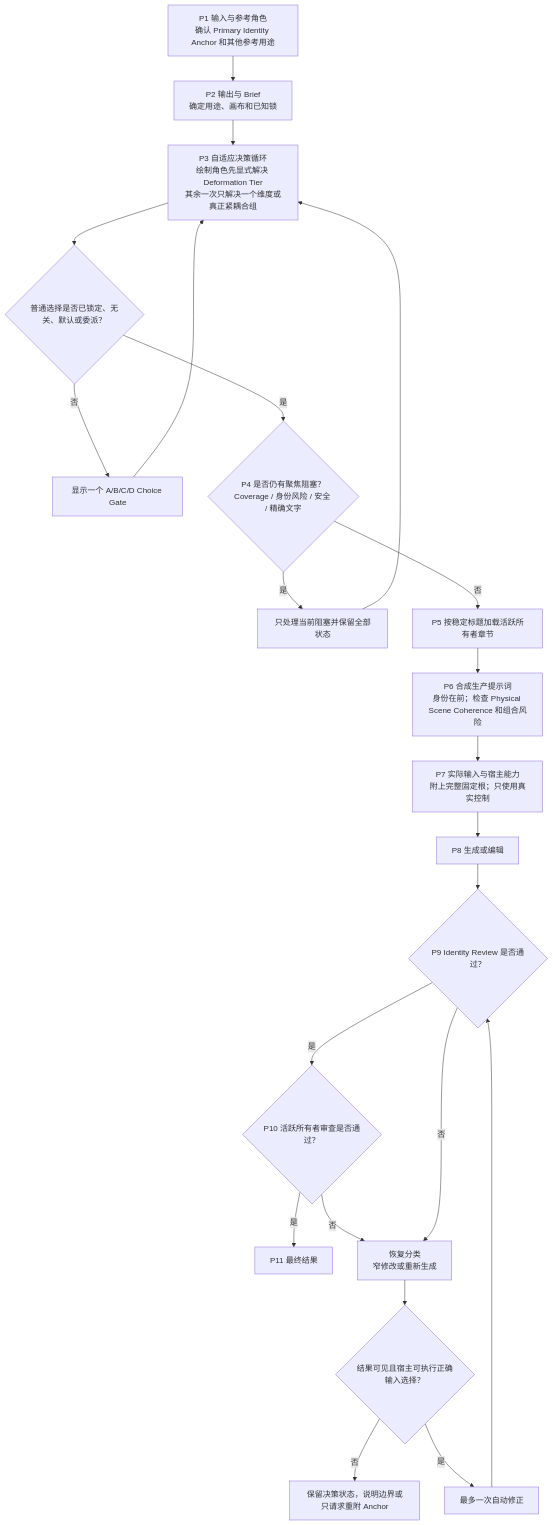
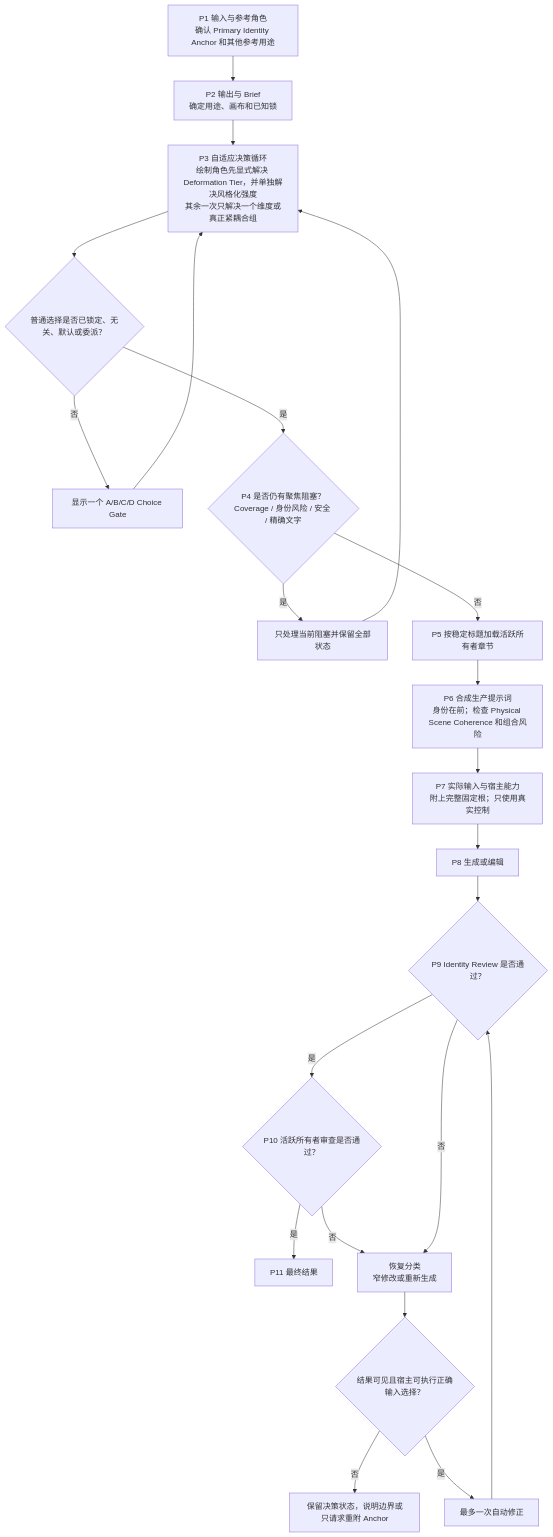
Before and after one commit to cyaoc/cast-me: the fourth of 13 diagrams in docs/architecture.md, drawn with Mermaid. The commit also changed other lines of this file and 4 other files, not shown here.

````diff
--- a/docs/architecture.md
+++ b/docs/architecture.md
@@ -195,24 +202,24 @@
 ```mermaid
 flowchart TD
     P1["P1 输入与参考角色<br/>确认 Primary Identity Anchor 和其他参考用途"] --> P2["P2 输出与 Brief<br/>确定用途、画布和已知锁"]
-    P2 --> P3["P3 自适应决策循环<br/>绘制角色先显式解决 Deformation Tier<br/>其余一次只解决一个维度或真正紧耦合组"]
+    P2 --> P3["P3 自适应决策循环<br/>绘制角色先显式解决 Deformation Tier，并单独解决风格化强度<br/>其余一次只解决一个维度或真正紧耦合组"]
     P3 --> ORDINARY{"普通选择是否已锁定、无关、默认或委派？"}
     ORDINARY -- 否 --> GATE["显示一个 A/B/C/D Choice Gate"]
     GATE --> P3
     ORDINARY -- 是 --> P4{"P4 是否仍有聚焦阻塞？<br/>Coverage / 身份风险 / 安全 / 精确文字"}
     P4 -- 是 --> FOCUSED["只处理当前阻塞并保留全部状态"]
     FOCUSED --> P3
     P4 -- 否 --> P5["P5 按稳定标题加载活跃所有者章节"]
     P5 --> P6["P6 合成生产提示词<br/>身份在前；检查 Physical Scene Coherence 和组合风险"]
     P6 --> P7["P7 实际输入与宿主能力<br/>附上完整固定根；只使用真实控制"]
     P7 --> P8["P8 生成或编辑"]
     P8 --> P9{"P9 Identity Review 是否通过？"}
     P9 -- 是 --> P10{"P10 活跃所有者审查是否通过？"}
     P10 -- 是 --> P11["P11 最终结果"]
     P10 -- 否 --> RECOVERY["恢复分类<br/>窄修改或重新生成"]
     P9 -- 否 --> RECOVERY
     RECOVERY --> CAPABLE{"结果可见且宿主可执行正确输入选择？"}
     CAPABLE -- 否 --> STOP["保留决策状态，说明边界或只请求重附 Anchor"]
     CAPABLE -- 是 --> ONCE["最多一次自动修正"]
     ONCE --> P9
 ```
````
